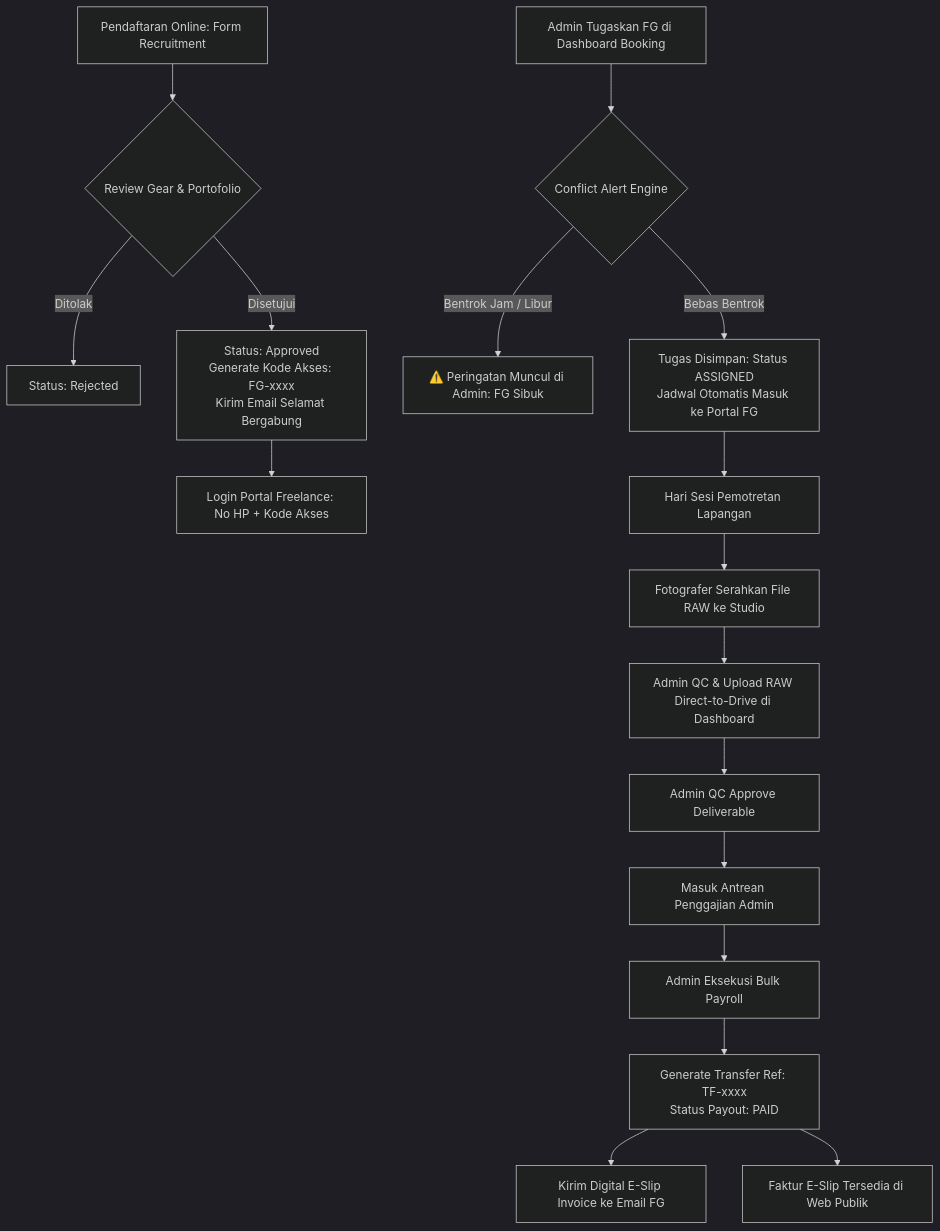
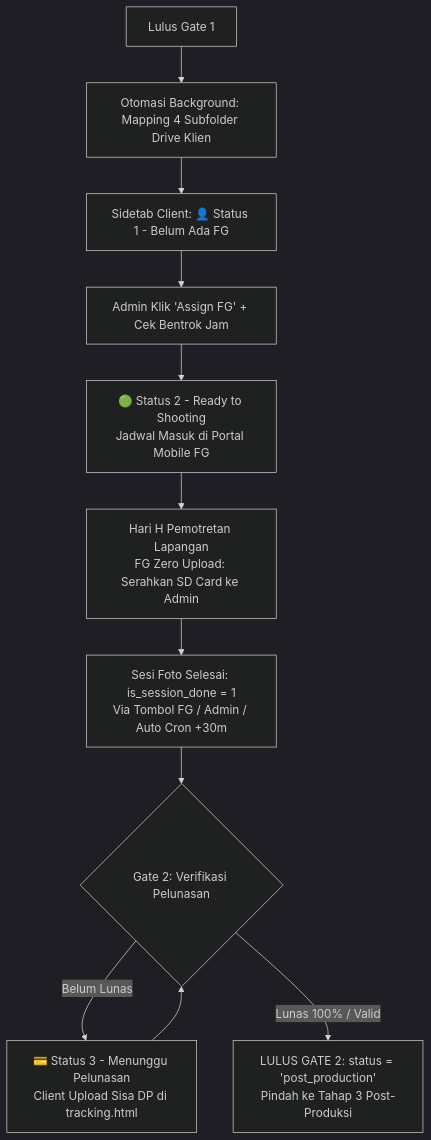
One commit to armansyam/Wisuda changed the third of 6 diagrams in FLOW_SISTEM/DOKUMENTASI_KOMPREHENSIF_DAN_DEEP_AUDIT_SISTEM_WISUDA.md. Above: the diagram before and after it, drawn with Mermaid (dark theme). The commit also changed other lines of this file and 8 other files, not shown here.

Commit message:
fix(portal): purge all dead freelance upload code, clean timeline events, sync zero-upload admin-centric flow

````diff
--- a/FLOW_SISTEM/DOKUMENTASI_KOMPREHENSIF_DAN_DEEP_AUDIT_SISTEM_WISUDA.md
+++ b/FLOW_SISTEM/DOKUMENTASI_KOMPREHENSIF_DAN_DEEP_AUDIT_SISTEM_WISUDA.md
@@ -159,23 +173,16 @@
 ```mermaid
 graph TD
-    Pendaftaran[Pendaftaran Online: Form Recruitment] --> AdminReviewFG{Review Gear & Portofolio}
-    AdminReviewFG -->|Ditolak| TolakFG[Status: Rejected]
-    AdminReviewFG -->|Disetujui| ApprovedFG[Status: Approved<br/>Generate Kode Akses: FG-xxxx<br/>Kirim Email Selamat Bergabung]
+    K[Lulus Gate 1] --> L[Otomasi Background: Mapping 4 Subfolder Drive Klien]
+    L --> M[Sidetab Client: 👤 Status 1 - Belum Ada FG]
     
-    ApprovedFG --> LoginPortal[Login Portal Freelance: No HP + Kode Akses]
+    M --> N[Admin Klik 'Assign FG' + Cek Bentrok Jam]
+    N --> O[🟢 Status 2 - Ready to Shooting<br/>Jadwal Masuk di Portal Mobile FG]
     
-    AdminAssign[Admin Tugaskan FG di Dashboard Booking] --> CheckConflict{Conflict Alert Engine}
-    CheckConflict -->|Bentrok Jam / Libur| AlertAdmin[⚠️ Peringatan Muncul di Admin: FG Sibuk]
-    CheckConflict -->|Bebas Bentrok| SaveAssign[Tugas Disimpan: Status ASSIGNED<br/>Jadwal Otomatis Masuk ke Portal FG]
+    O --> P[Hari H Pemotretan Lapangan<br/>FG Zero Upload: Serahkan SD Card ke Admin]
+    P --> Q[Sesi Foto Selesai: is_session_done = 1<br/>Via Tombol FG / Admin / Auto Cron +30m]
     
-    SaveAssign --> ShootDay[Hari Sesi Pemotretan Lapangan]
-    ShootDay --> SerahFile[Fotografer Serahkan File RAW ke Studio]
-    SerahFile --> AdminUpload[Admin QC & Upload RAW Direct-to-Drive di Dashboard]
-    
-    AdminUpload --> QCPass[Admin QC Approve Deliverable]
-    QCPass --> PayrollQueue[Masuk Antrean Penggajian Admin]
-    PayrollQueue --> BulkTransfer[Admin Eksekusi Bulk Payroll]
-    BulkTransfer --> GenerateRef[Generate Transfer Ref: TF-xxxx<br/>Status Payout: PAID]
-    GenerateRef --> ESlipEmail[Kirim Digital E-Slip Invoice ke Email FG]
-    GenerateRef --> PublicInvoice[Faktur E-Slip Tersedia di Web Publik]
+    Q --> R{Gate 2: Verifikasi Pelunasan}
+    R -->|Belum Lunas| S[💳 Status 3 - Menunggu Pelunasan<br/>Client Upload Sisa DP di tracking.html]
+    S --> R
+    R -->|Lunas 100% / Valid| T[LULUS GATE 2: status = 'post_production'<br/>Pindah ke Tahap 3 Post-Produksi]
 ```
````
